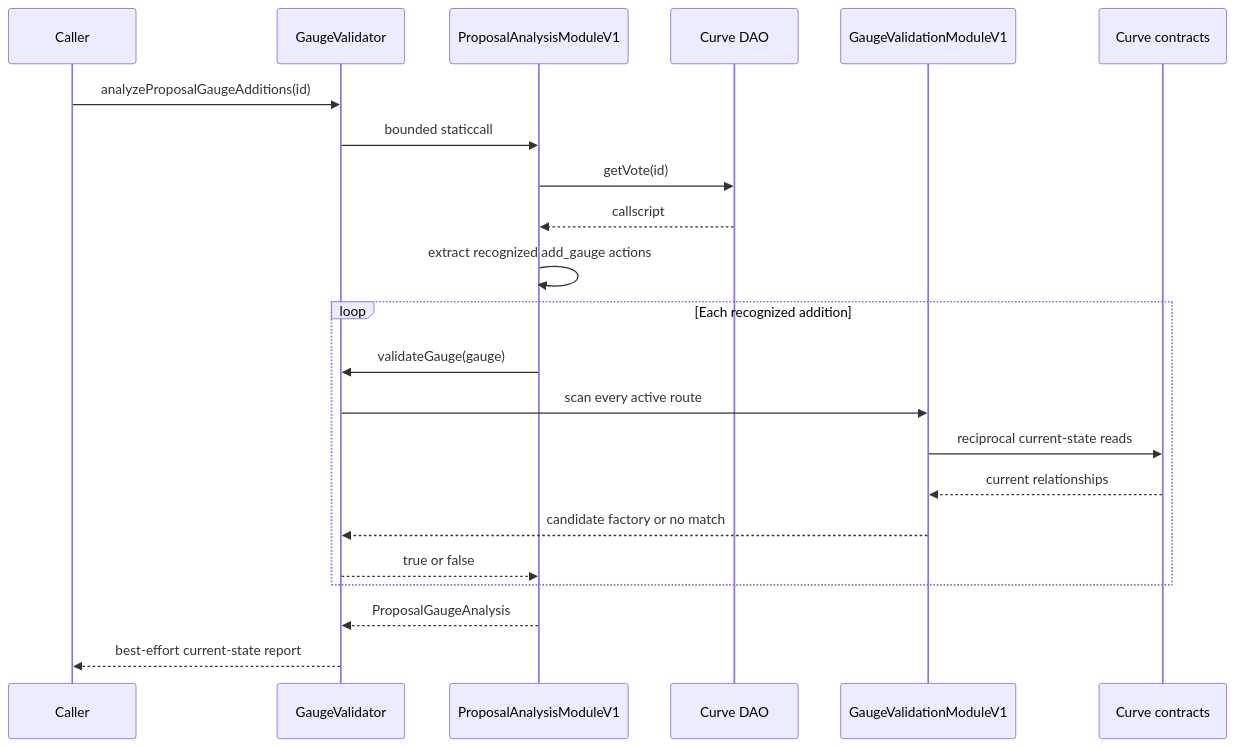
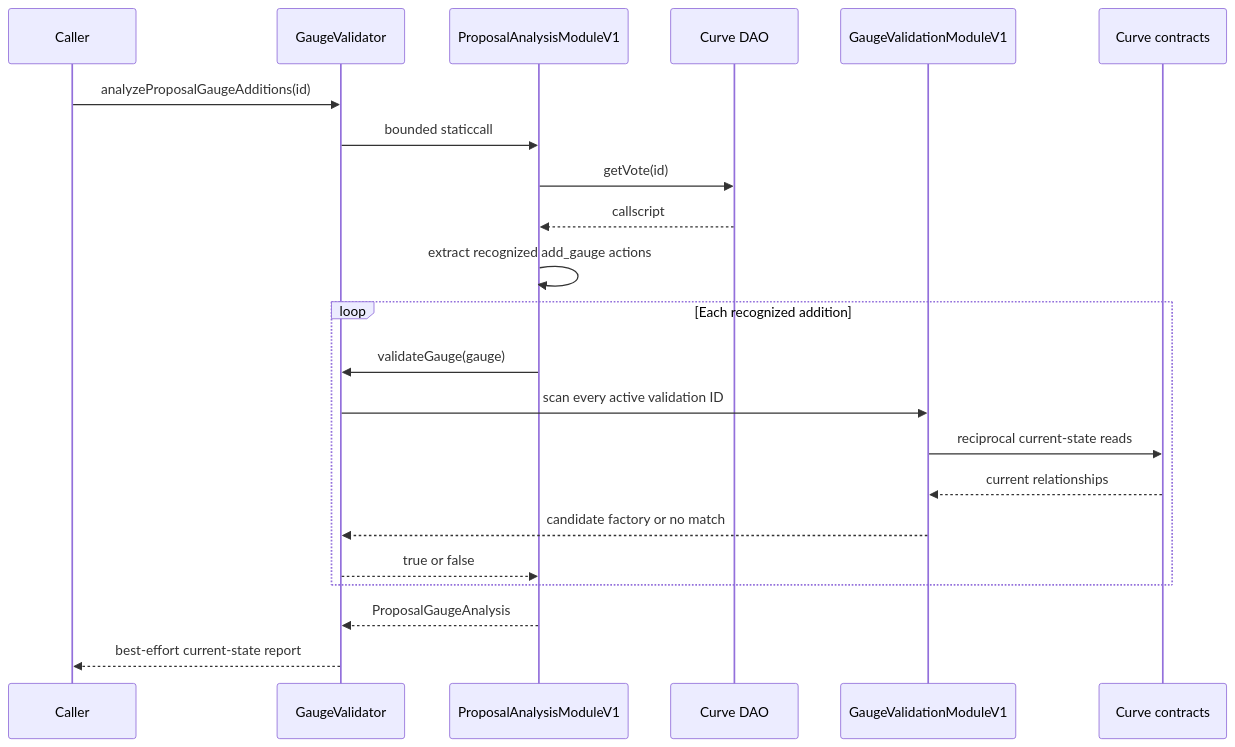
One commit to wavey0x/curve-gauge-validator changed the second of 2 diagrams in ARCHITECTURE.md. Above: the diagram before and after it, drawn with Mermaid. The commit also changed other lines of this file and 14 other files, not shown here.

````diff
--- a/ARCHITECTURE.md
+++ b/ARCHITECTURE.md
@@ -423,27 +432,27 @@
 ```mermaid
 sequenceDiagram
     participant Caller
     participant Core as GaugeValidator
     participant Analyzer as ProposalAnalysisModuleV1
     participant DAO as Curve DAO
     participant Policy as GaugeValidationModuleV1
     participant Protocol as Curve contracts
 
     Caller->>Core: analyzeProposalGaugeAdditions(id)
     Core->>Analyzer: bounded staticcall
     Analyzer->>DAO: getVote(id)
     DAO-->>Analyzer: callscript
     Analyzer->>Analyzer: extract recognized add_gauge actions
 
     loop Each recognized addition
         Analyzer->>Core: validateGauge(gauge)
-        Core->>Policy: scan every active route
+        Core->>Policy: scan every active validation ID
         Policy->>Protocol: reciprocal current-state reads
         Protocol-->>Policy: current relationships
         Policy-->>Core: candidate factory or no match
         Core-->>Analyzer: true or false
     end
 
     Analyzer-->>Core: ProposalGaugeAnalysis
     Core-->>Caller: best-effort current-state report
 ```
````
